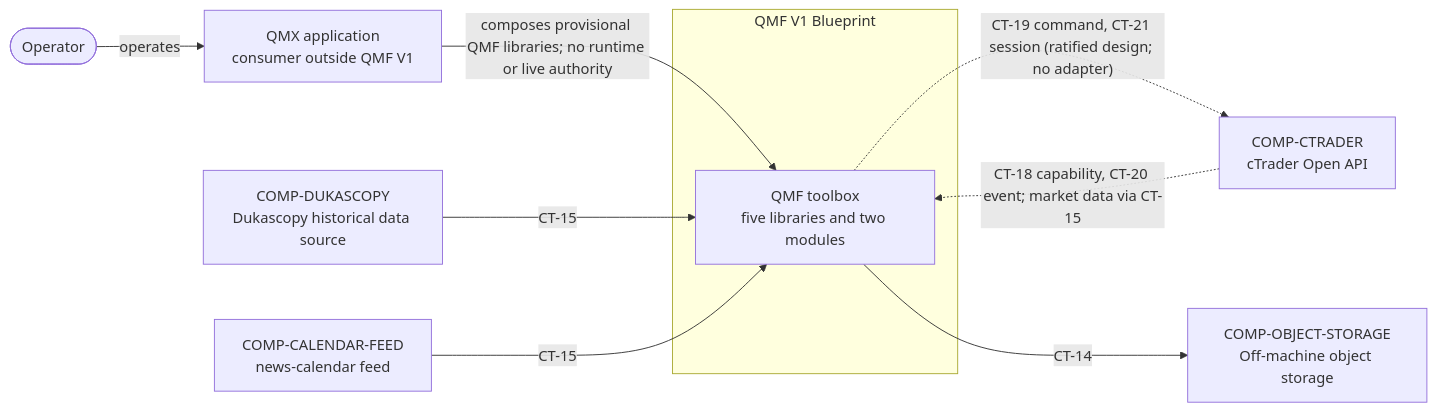
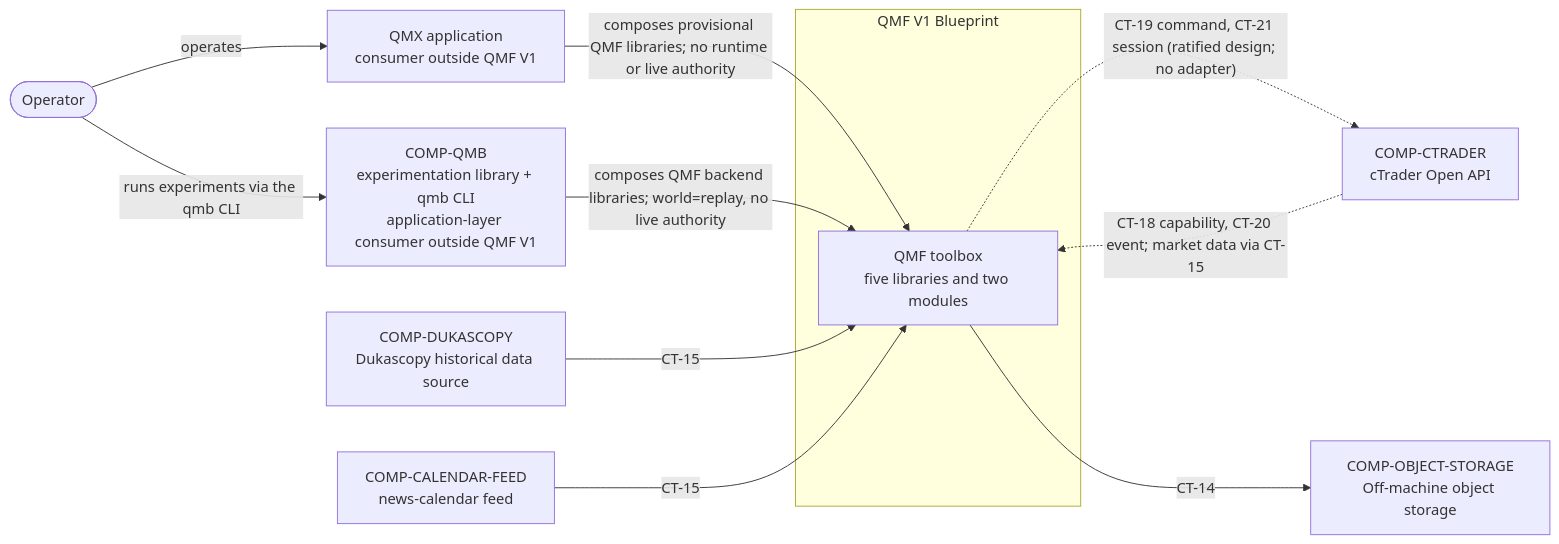
The third of 6 diagrams in docs/architecture/overview.md (MubarakHimself/QMX), drawn with Mermaid before and after one commit. The commit also changed other lines of this file and 146 other files, not shown here.

````diff
--- a/docs/architecture/overview.md
+++ b/docs/architecture/overview.md
@@ -68,20 +68,23 @@
 ```mermaid
 flowchart LR
     operator([Operator])
     qmx["QMX application<br/>consumer outside QMF V1"]
+    qmb["COMP-QMB<br/>experimentation library + qmb CLI<br/>application-layer consumer outside QMF V1"]
     subgraph qmf_system["QMF V1 Blueprint"]
         qmf["QMF toolbox<br/>five libraries and two modules"]
     end
     ctrader["COMP-CTRADER<br/>cTrader Open API"]
     dukascopy["COMP-DUKASCOPY<br/>Dukascopy historical data source"]
     calendar["COMP-CALENDAR-FEED<br/>news-calendar feed"]
     object_storage["COMP-OBJECT-STORAGE<br/>Off-machine object storage"]
 
     operator -->|"operates"| qmx
+    operator -->|"runs experiments via the qmb CLI"| qmb
     qmx -->|"composes provisional QMF libraries; no runtime or live authority"| qmf
+    qmb -->|"composes QMF backend libraries; world=replay, no live authority"| qmf
     qmf -.->|"CT-19 command, CT-21 session (ratified design; no adapter)"| ctrader
     ctrader -.->|"CT-18 capability, CT-20 event; market data via CT-15"| qmf
     dukascopy -->|"CT-15"| qmf
     calendar -->|"CT-15"| qmf
     qmf -->|"CT-14"| object_storage
 ```
````
